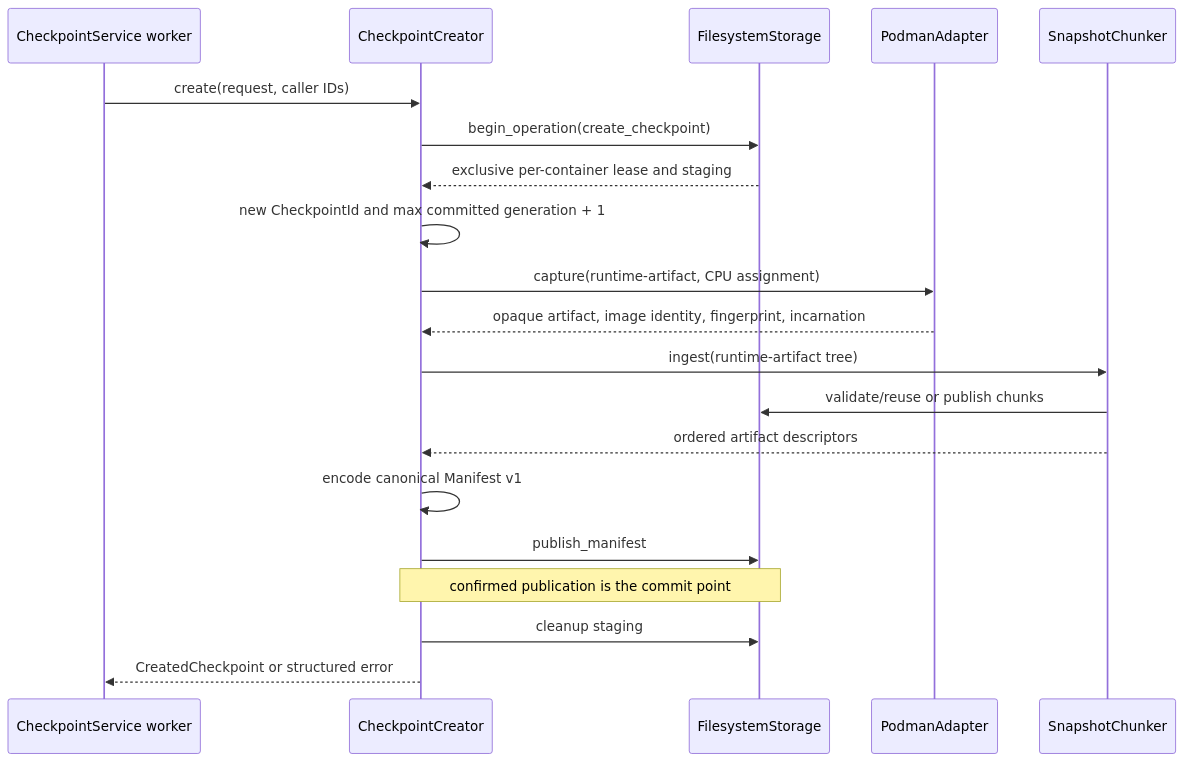
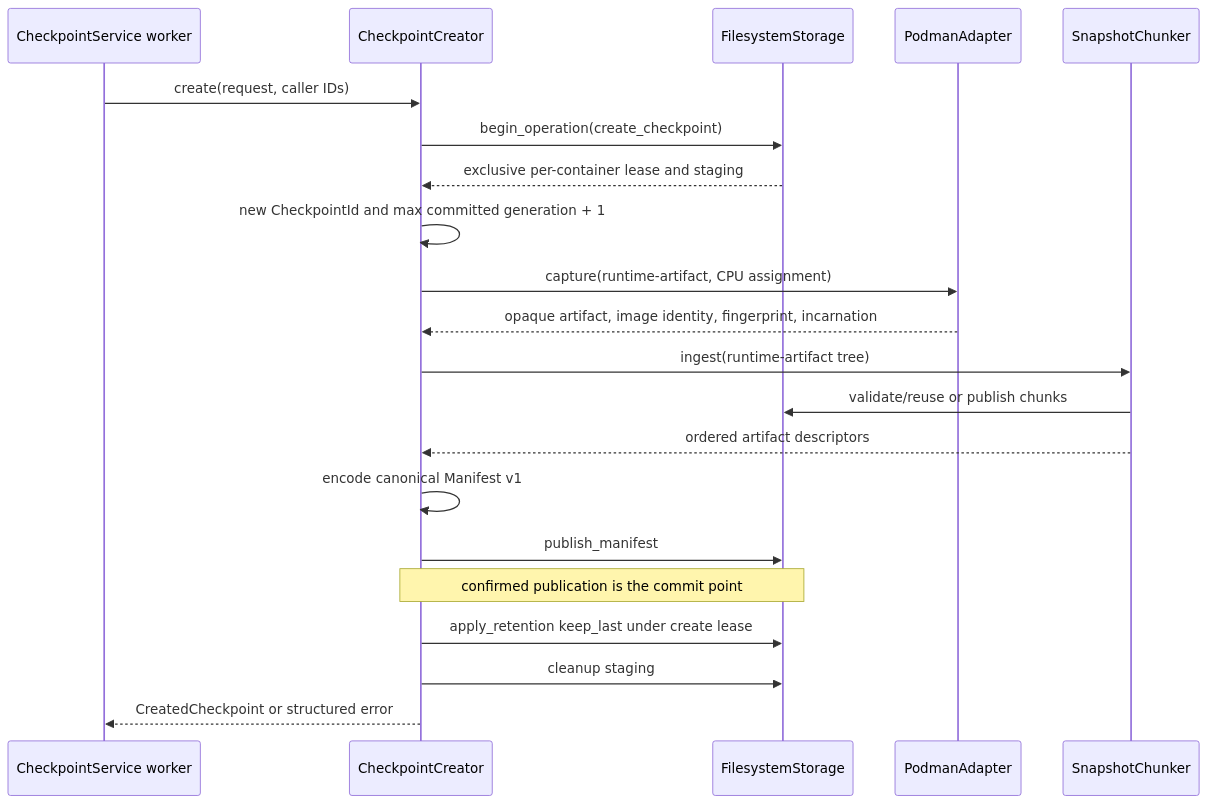
Before and after one commit to crystarm/gravesentinel: the third of 4 diagrams in docs/architecture.md, drawn with Mermaid. The commit also changed other lines of this file and 7 other files, not shown here.

````diff
--- a/docs/architecture.md
+++ b/docs/architecture.md
@@ -286,23 +296,24 @@
 ```mermaid
 sequenceDiagram
     participant S as CheckpointService worker
     participant C as CheckpointCreator
     participant F as FilesystemStorage
     participant P as PodmanAdapter
     participant H as SnapshotChunker
 
     S->>C: create(request, caller IDs)
     C->>F: begin_operation(create_checkpoint)
     F-->>C: exclusive per-container lease and staging
     C->>C: new CheckpointId and max committed generation + 1
     C->>P: capture(runtime-artifact, CPU assignment)
     P-->>C: opaque artifact, image identity, fingerprint, incarnation
     C->>H: ingest(runtime-artifact tree)
     H->>F: validate/reuse or publish chunks
     H-->>C: ordered artifact descriptors
     C->>C: encode canonical Manifest v1
     C->>F: publish_manifest
     Note over C,F: confirmed publication is the commit point
+    C->>F: apply_retention keep_last under create lease
     C->>F: cleanup staging
     C-->>S: CreatedCheckpoint or structured error
 ```
````
